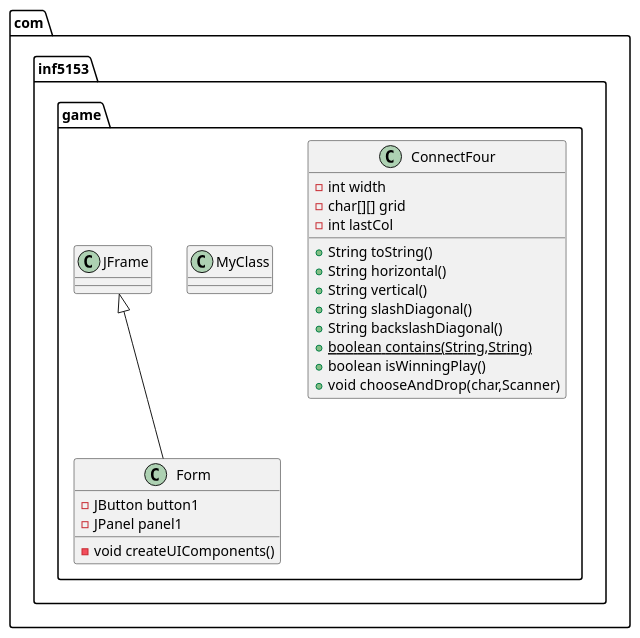
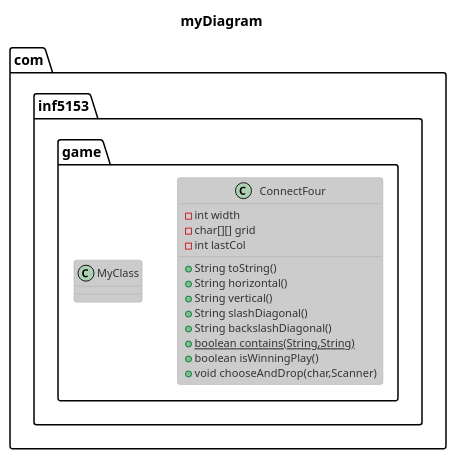
The diagram in test1.puml (FrancoisHUP/puissance4), drawn with PlantUML before and after one commit. The commit also changed 9 other files, not shown here.

Commit message:
ajout diagrammes

```diff
--- a/test1.puml
+++ b/test1.puml
@@ -1,25 +1,30 @@
 @startuml
+
+!theme reddress-lightblue
+
+'https://plantuml.com/fr/theme
+
+'single line comment
+/'multiple line comment
+'/
+
+title myDiagram
+
+
 class com.inf5153.game.ConnectFour {
 - int width
 - char[][] grid
 - int lastCol
 + String toString()
 + String horizontal()
 + String vertical()
 + String slashDiagonal()
 + String backslashDiagonal()
 + {static} boolean contains(String,String)
 + boolean isWinningPlay()
 + void chooseAndDrop(char,Scanner)
 }
+
 class com.inf5153.game.MyClass {
 }
-class com.inf5153.game.Form {
-- JButton button1
-- JPanel panel1
-- void createUIComponents()
-}
-
-
-com.inf5153.game.JFrame <|-- com.inf5153.game.Form
 @enduml
```
